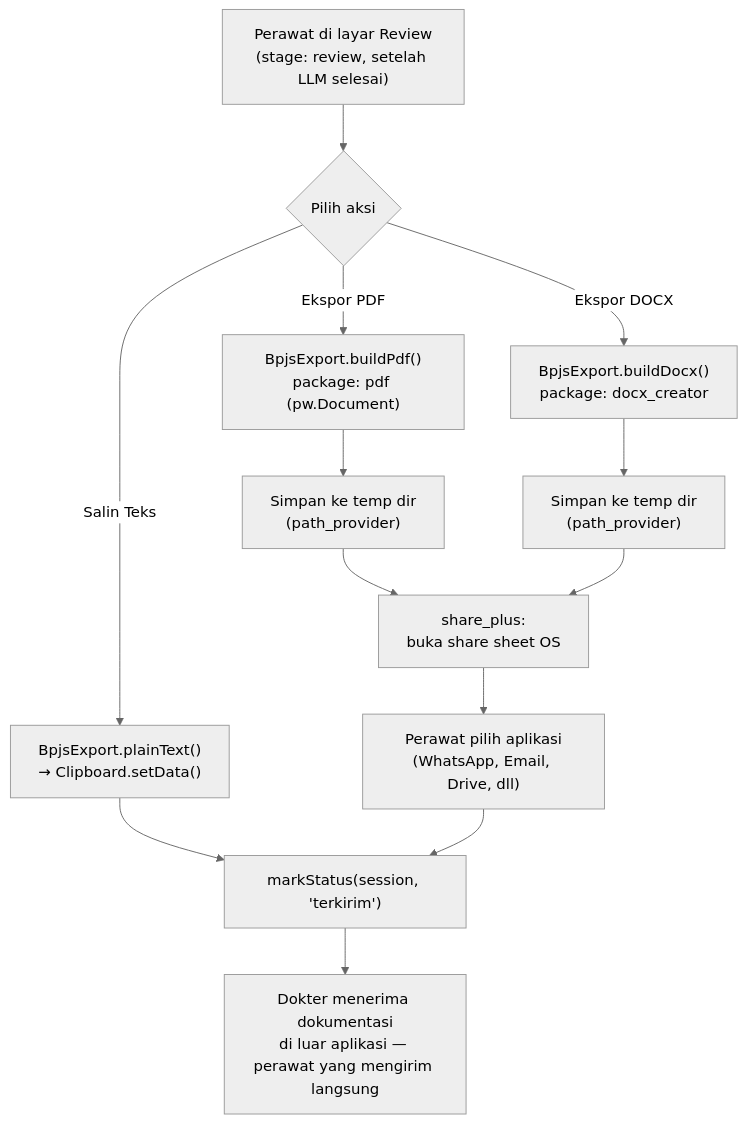
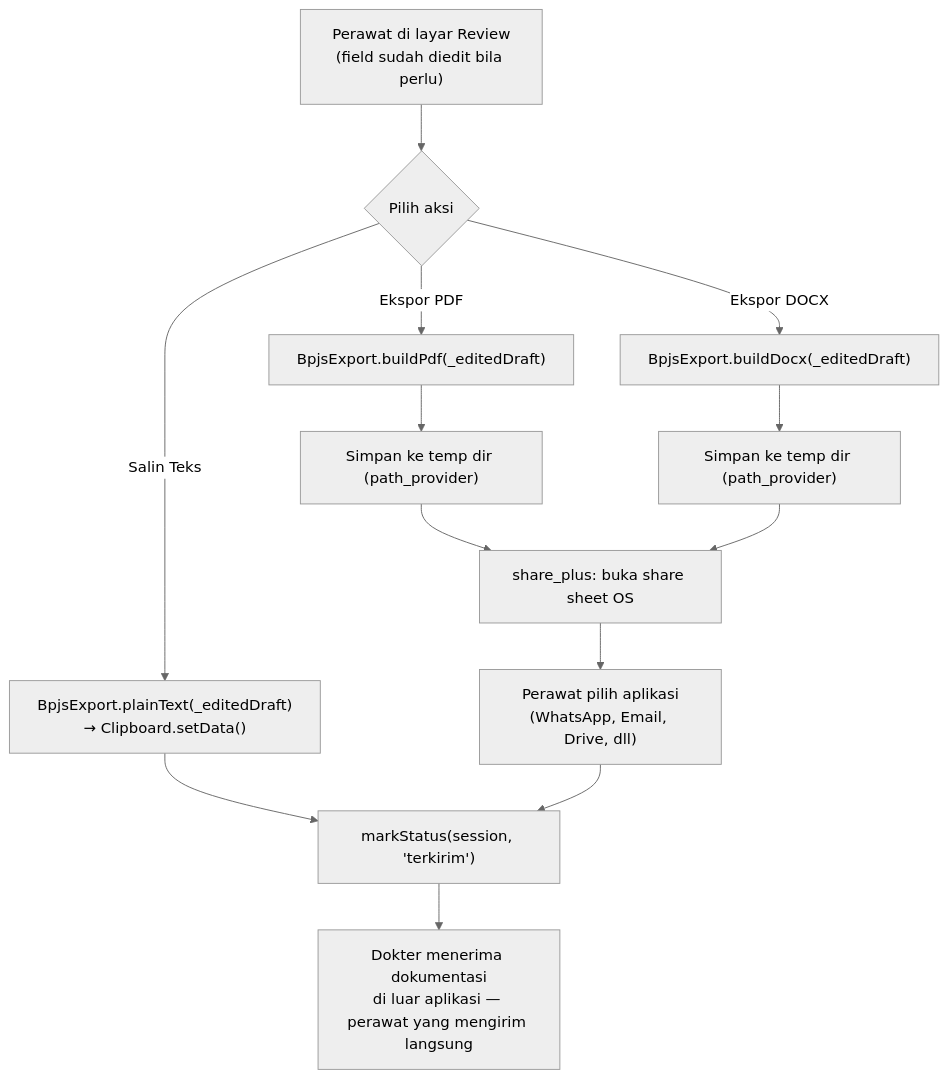
One commit to Khoirul-Yardan/PROJECT-MOBILE-APP changed diagram 11 of 15 in docs/diagram-alur.md. Above: the diagram before and after it, drawn with Mermaid (neutral theme). The commit also changed other lines of this file and 42 other files, not shown here.

````diff
--- a/docs/diagram-alur.md
+++ b/docs/diagram-alur.md
@@ -396,15 +564,15 @@
 ```mermaid
 flowchart TD
-    Review["Perawat di layar Review\n(stage: review, setelah LLM selesai)"] --> Choice{Pilih aksi}
-    Choice -->|Salin Teks| CopyText["BpjsExport.plainText()\n→ Clipboard.setData()"]
-    Choice -->|Ekspor PDF| BuildPdf["BpjsExport.buildPdf()\npackage: pdf (pw.Document)"]
-    Choice -->|Ekspor DOCX| BuildDocx["BpjsExport.buildDocx()\npackage: docx_creator"]
+    Review["Perawat di layar Review\n(field sudah diedit bila perlu)"] --> Choice{Pilih aksi}
+    Choice -->|Salin Teks| CopyText["BpjsExport.plainText(_editedDraft)\n→ Clipboard.setData()"]
+    Choice -->|Ekspor PDF| BuildPdf["BpjsExport.buildPdf(_editedDraft)"]
+    Choice -->|Ekspor DOCX| BuildDocx["BpjsExport.buildDocx(_editedDraft)"]
     CopyText --> MarkSent["markStatus(session, 'terkirim')"]
-    BuildPdf --> SaveTemp1["Simpan ke temp dir\n(path_provider)"]
-    BuildDocx --> SaveTemp2["Simpan ke temp dir\n(path_provider)"]
-    SaveTemp1 --> ShareSheet["share_plus:\nbuka share sheet OS"]
+    BuildPdf --> SaveTemp1["Simpan ke temp dir (path_provider)"]
+    BuildDocx --> SaveTemp2["Simpan ke temp dir (path_provider)"]
+    SaveTemp1 --> ShareSheet["share_plus: buka share sheet OS"]
     SaveTemp2 --> ShareSheet
     ShareSheet --> AppPicker["Perawat pilih aplikasi\n(WhatsApp, Email, Drive, dll)"]
     AppPicker --> MarkSent
     MarkSent --> Done["Dokter menerima dokumentasi\ndi luar aplikasi — perawat yang mengirim langsung"]
 ```
````
